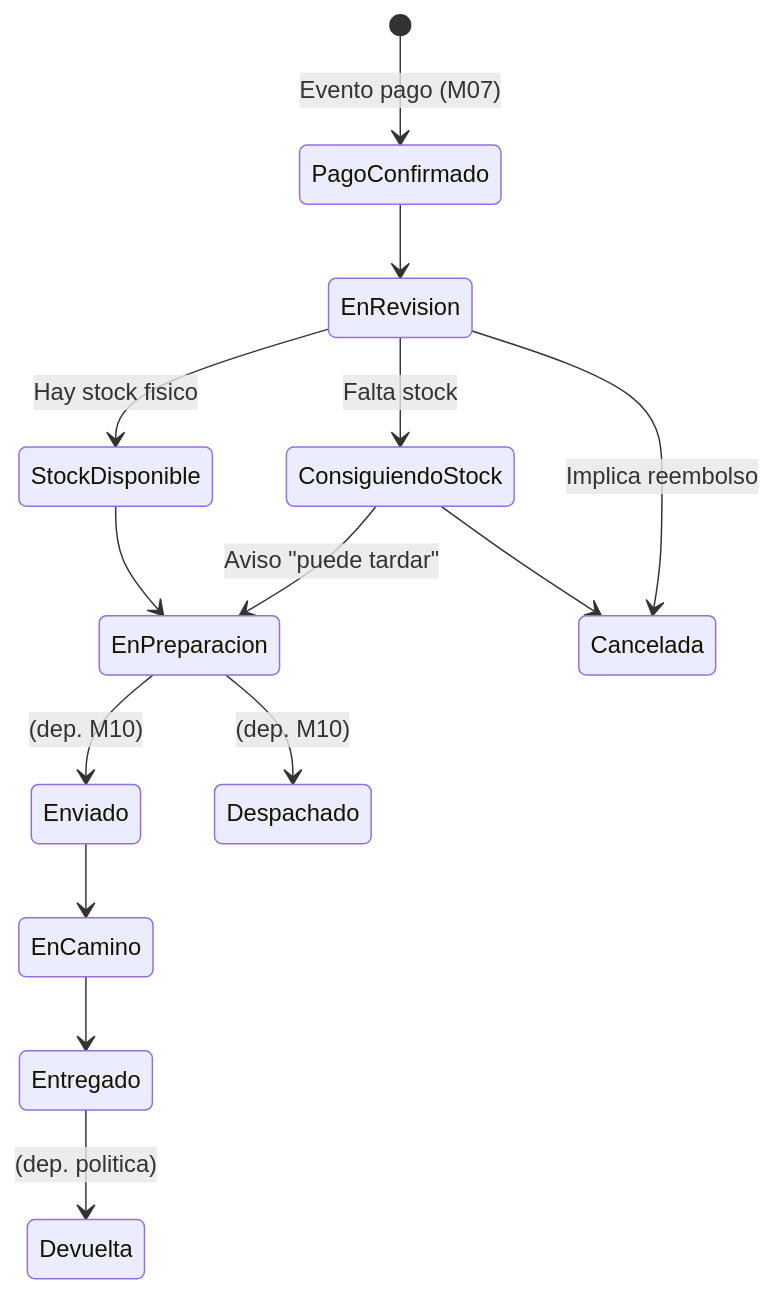
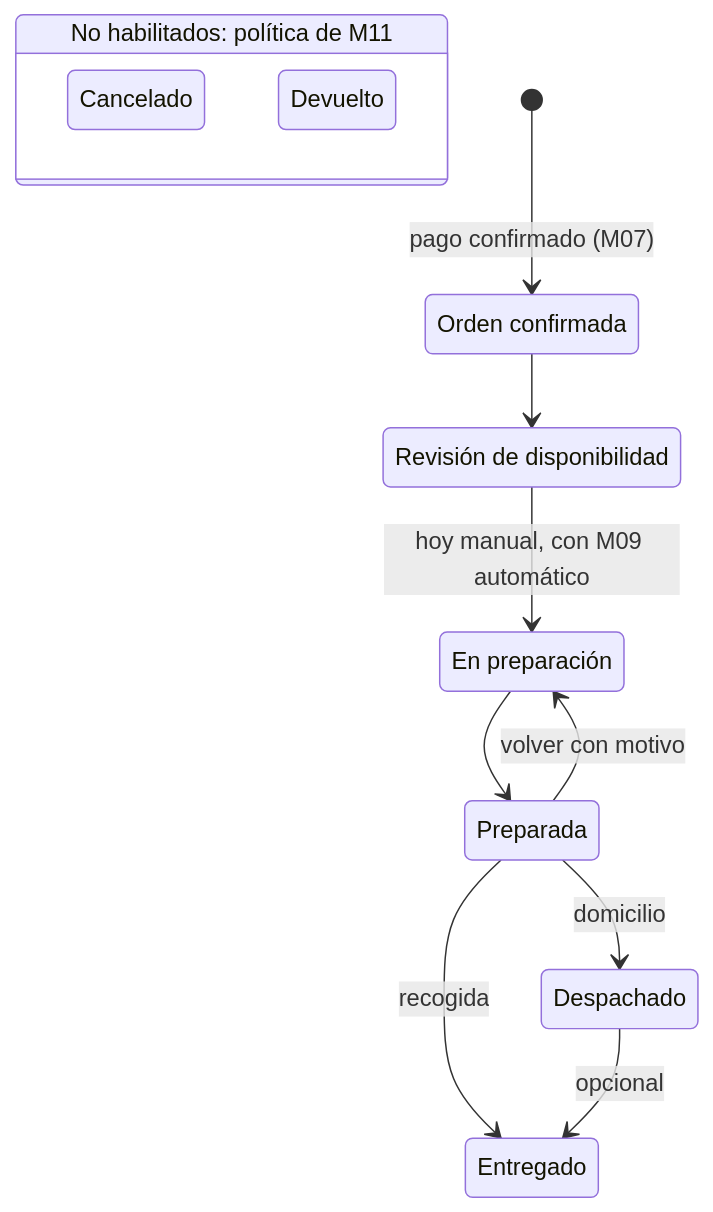
The third of 4 diagrams in equipo-2-doc/assets/diagrams/M08/M08_Orden_de_venta.md (pintuclic/pintuclic), drawn with Mermaid before and after one commit. The commit also changed other lines of this file and 6 other files, not shown here.

First line of the commit message:
docs(M08): actualizar diagramas, especificacion y dictamen de cierre del backend

````diff
--- a/equipo-2-doc/assets/diagrams/M08/M08_Orden_de_venta.md
+++ b/equipo-2-doc/assets/diagrams/M08/M08_Orden_de_venta.md
@@ -101,21 +164,22 @@
 ```mermaid
 stateDiagram-v2
-    [*] --> PagoConfirmado : Evento pago (M07)
-    PagoConfirmado --> EnRevision
-    
-    EnRevision --> StockDisponible : Hay stock fisico
-    EnRevision --> ConsiguiendoStock : Falta stock
-    
-    ConsiguiendoStock --> EnPreparacion : Aviso "puede tardar"
-    StockDisponible --> EnPreparacion
-    
-    EnPreparacion --> Enviado : (dep. M10)
-    Enviado --> EnCamino
-    EnCamino --> Entregado
-    Entregado --> Devuelta : (dep. politica)
-    
-    EnPreparacion --> Despachado : (dep. M10)
-    
-    EnRevision --> Cancelada : Implica reembolso
-    ConsiguiendoStock --> Cancelada
+    state "Orden confirmada" as OrdenConfirmada
+    state "Revisión de disponibilidad" as Revision
+    state "En preparación" as EnPreparacion
+    state "Preparada" as Preparada
+    state "Despachado" as Despachado
+    state "Entregado" as Entregado
+    state "No habilitados: política de M11" as NoHabilitados {
+        state "Cancelado" as Cancelado
+        state "Devuelto" as Devuelto
+    }
+
+    [*] --> OrdenConfirmada : pago confirmado (M07)
+    OrdenConfirmada --> Revision
+    Revision --> EnPreparacion : hoy manual, con M09 automático
+    EnPreparacion --> Preparada
+    Preparada --> EnPreparacion : volver con motivo
+    Preparada --> Despachado : domicilio
+    Preparada --> Entregado : recogida
+    Despachado --> Entregado : opcional
 ```
````
